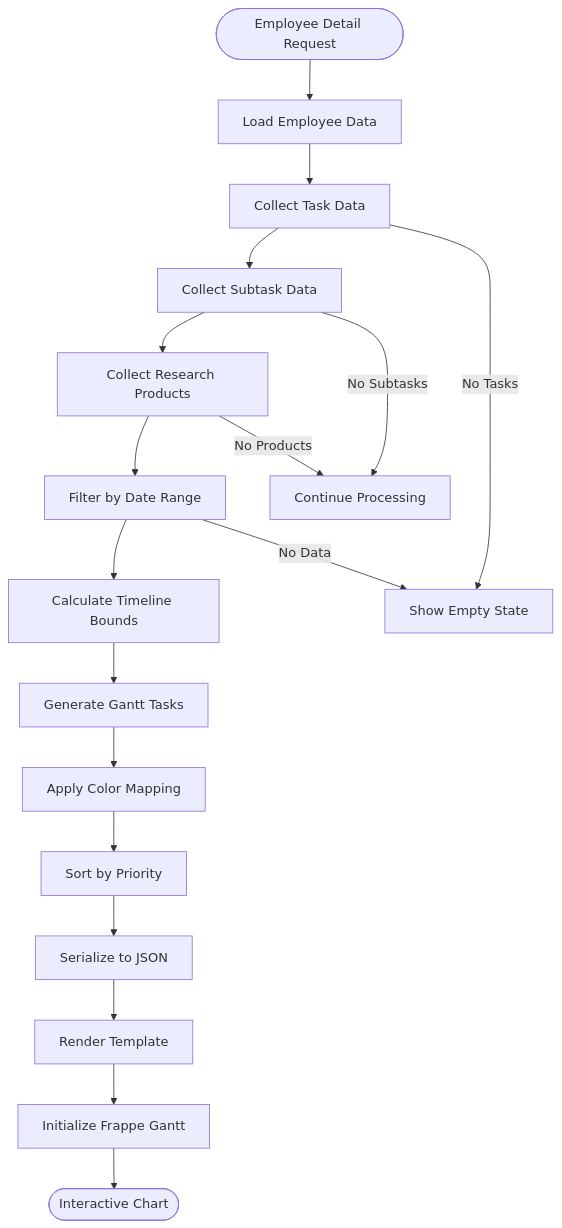
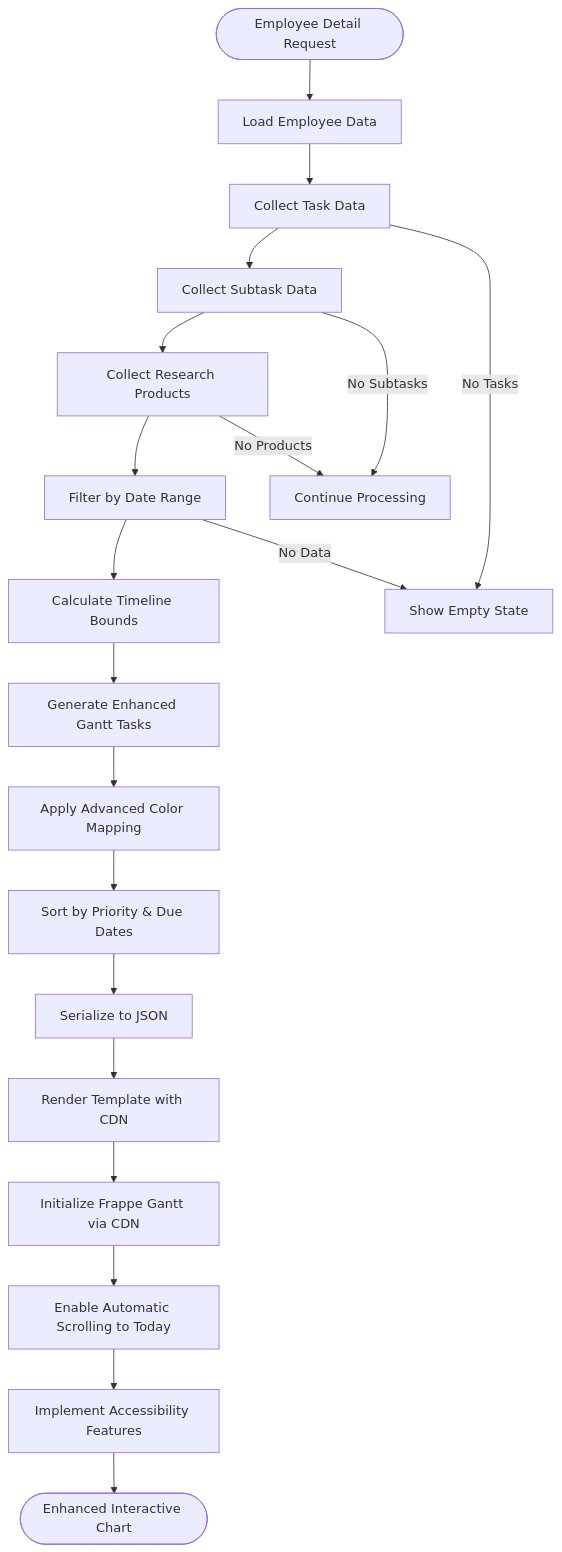
Before and after one commit to Pavel9474/task_manager: the fifth of 9 diagrams in .qoder/repowiki/en/content/User Interface and Templates/Gantt Chart Visualization System.md, drawn with Mermaid. The commit also changed other lines of this file and 11 other files, not shown here.

Commit message:
bars are added gantt correct, popup windows works

````diff
--- a/.qoder/repowiki/en/content/User Interface and Templates/Gantt Chart Visualization System.md
+++ b/.qoder/repowiki/en/content/User Interface and Templates/Gantt Chart Visualization System.md
@@ -248,20 +261,22 @@
 ```mermaid
 flowchart TD
 Start([Employee Detail Request]) --> LoadData["Load Employee Data"]
 LoadData --> CollectTasks["Collect Task Data"]
 CollectTasks --> CollectSubtasks["Collect Subtask Data"]
 CollectSubtasks --> CollectProducts["Collect Research Products"]
 CollectProducts --> FilterPeriod["Filter by Date Range"]
 FilterPeriod --> CalculateDates["Calculate Timeline Bounds"]
-CalculateDates --> GenerateTasks["Generate Gantt Tasks"]
-GenerateTasks --> ColorMapping["Apply Color Mapping"]
-ColorMapping --> SortTasks["Sort by Priority"]
+CalculateDates --> GenerateTasks["Generate Enhanced Gantt Tasks"]
+GenerateTasks --> ColorMapping["Apply Advanced Color Mapping"]
+ColorMapping --> SortTasks["Sort by Priority & Due Dates"]
 SortTasks --> SerializeData["Serialize to JSON"]
-SerializeData --> RenderTemplate["Render Template"]
-RenderTemplate --> InitGantt["Initialize Frappe Gantt"]
-InitGantt --> End([Interactive Chart])
+SerializeData --> RenderTemplate["Render Template with CDN"]
+RenderTemplate --> InitGantt["Initialize Frappe Gantt via CDN"]
+InitGantt --> AutoScroll["Enable Automatic Scrolling to Today"]
+AutoScroll --> Accessibility["Implement Accessibility Features"]
+Accessibility --> End([Enhanced Interactive Chart])
 CollectTasks --> |No Tasks| EmptyState["Show Empty State"]
 CollectSubtasks --> |No Subtasks| ContinueProcess["Continue Processing"]
 CollectProducts --> |No Products| ContinueProcess
 FilterPeriod --> |No Data| EmptyState
 ```
````
